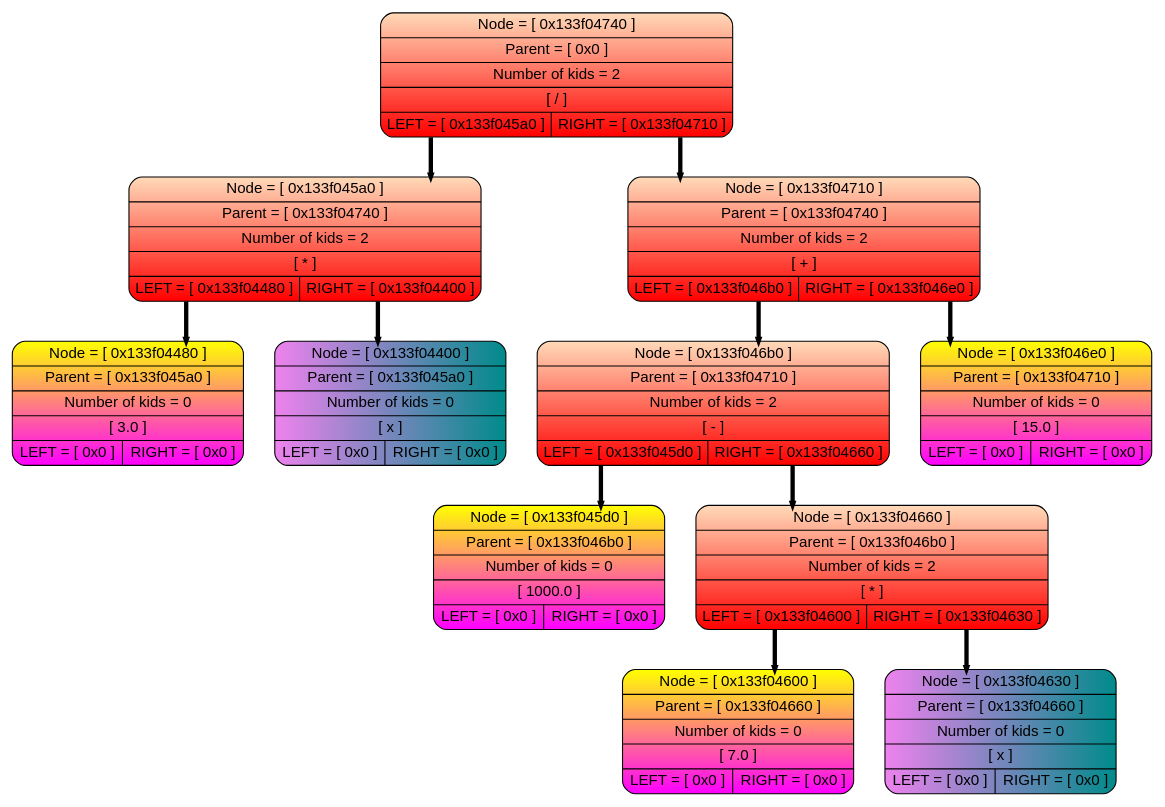
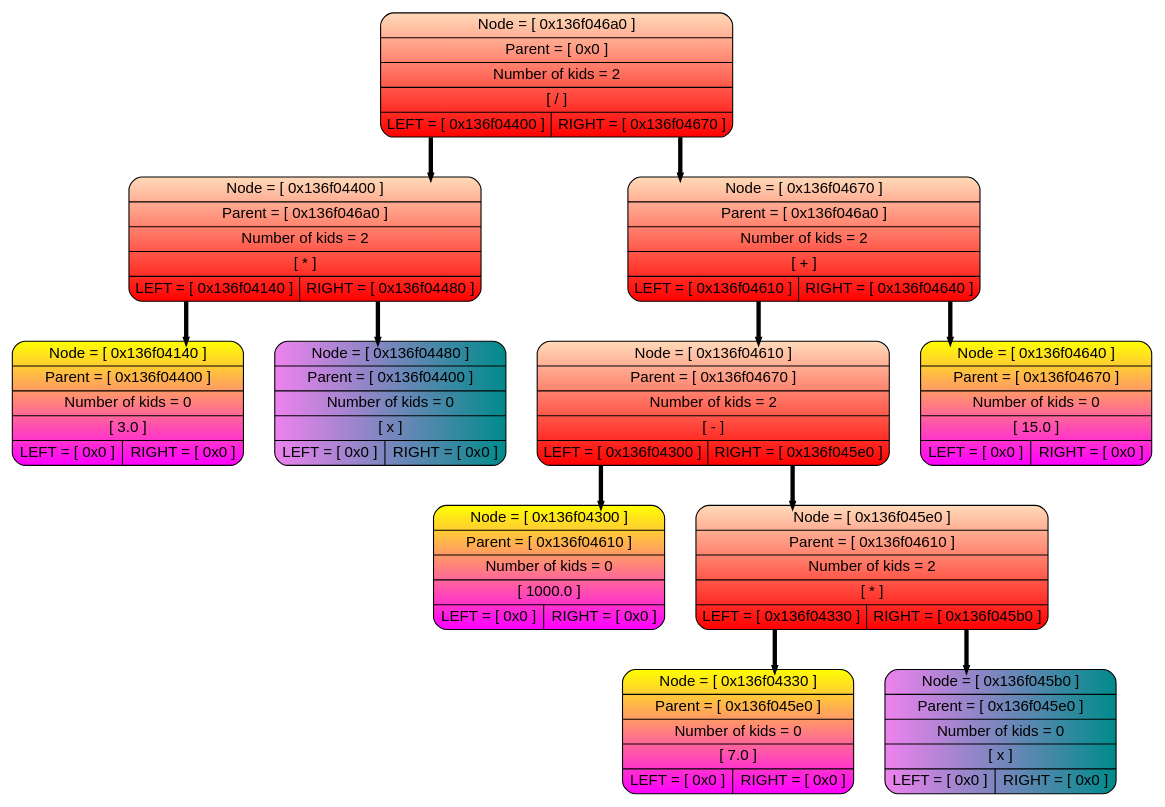
One commit to livlavr/Differentiator changed the diagram in Dump-source/dump.dot. Above: the diagram before and after it, drawn with Graphviz. The commit also changed 7 other files, not shown here.

```diff
--- a/Dump-source/dump.dot
+++ b/Dump-source/dump.dot
@@ -1,28 +1,28 @@
 digraph tree{
 splines=ortho;
 rankdir=HR;
 nodesep=0.4;
 node [shape=record, fontname="Arial"];
 edge [style=bold, color="black", weight=10, penwidth=4, arrowsize=0.2];
-P0x133f04740 [style = "filled, rounded", fillcolor="peachpuff:red" gradientangle=270,label=" {Node = [ 0x133f04740 ] | Parent = [ 0x0 ] | Number of kids = 2 |[ / ] | { <l> LEFT = [ 0x133f045a0 ] | <r> RIGHT = [ 0x133f04710 ]}}" ];
-P0x133f045a0 [style = "filled, rounded", fillcolor="peachpuff:red" gradientangle=270,label=" {Node = [ 0x133f045a0 ] | Parent = [ 0x133f04740 ] | Number of kids = 2 |[ * ] | { <l> LEFT = [ 0x133f04480 ] | <r> RIGHT = [ 0x133f04400 ]}}" ];
-P0x133f04480 [style = "filled, rounded", fillcolor="yellow:magenta" gradientangle=270,label=" {Node = [ 0x133f04480 ] | Parent = [ 0x133f045a0 ] | Number of kids = 0 | [ 3.0 ] | { <l> LEFT = [ 0x0 ] | <r> RIGHT = [ 0x0 ]}}" ];
-P0x133f04400 [style = "filled, rounded", fillcolor="violet:darkcyan"label=" {Node = [ 0x133f04400 ] | Parent = [ 0x133f045a0 ] | Number of kids = 0 |[ x ] | { <l> LEFT = [ 0x0 ] | <r> RIGHT = [ 0x0 ]}}" ];
-P0x133f045a0:<l> -> P0x133f04480
-P0x133f045a0:<r> -> P0x133f04400
-P0x133f04710 [style = "filled, rounded", fillcolor="peachpuff:red" gradientangle=270,label=" {Node = [ 0x133f04710 ] | Parent = [ 0x133f04740 ] | Number of kids = 2 |[ + ] | { <l> LEFT = [ 0x133f046b0 ] | <r> RIGHT = [ 0x133f046e0 ]}}" ];
-P0x133f046b0 [style = "filled, rounded", fillcolor="peachpuff:red" gradientangle=270,label=" {Node = [ 0x133f046b0 ] | Parent = [ 0x133f04710 ] | Number of kids = 2 |[ - ] | { <l> LEFT = [ 0x133f045d0 ] | <r> RIGHT = [ 0x133f04660 ]}}" ];
-P0x133f045d0 [style = "filled, rounded", fillcolor="yellow:magenta" gradientangle=270,label=" {Node = [ 0x133f045d0 ] | Parent = [ 0x133f046b0 ] | Number of kids = 0 | [ 1000.0 ] | { <l> LEFT = [ 0x0 ] | <r> RIGHT = [ 0x0 ]}}" ];
-P0x133f04660 [style = "filled, rounded", fillcolor="peachpuff:red" gradientangle=270,label=" {Node = [ 0x133f04660 ] | Parent = [ 0x133f046b0 ] | Number of kids = 2 |[ * ] | { <l> LEFT = [ 0x133f04600 ] | <r> RIGHT = [ 0x133f04630 ]}}" ];
-P0x133f04600 [style = "filled, rounded", fillcolor="yellow:magenta" gradientangle=270,label=" {Node = [ 0x133f04600 ] | Parent = [ 0x133f04660 ] | Number of kids = 0 | [ 7.0 ] | { <l> LEFT = [ 0x0 ] | <r> RIGHT = [ 0x0 ]}}" ];
-P0x133f04630 [style = "filled, rounded", fillcolor="violet:darkcyan"label=" {Node = [ 0x133f04630 ] | Parent = [ 0x133f04660 ] | Number of kids = 0 |[ x ] | { <l> LEFT = [ 0x0 ] | <r> RIGHT = [ 0x0 ]}}" ];
-P0x133f04660:<l> -> P0x133f04600
-P0x133f04660:<r> -> P0x133f04630
-P0x133f046b0:<l> -> P0x133f045d0
-P0x133f046b0:<r> -> P0x133f04660
-P0x133f046e0 [style = "filled, rounded", fillcolor="yellow:magenta" gradientangle=270,label=" {Node = [ 0x133f046e0 ] | Parent = [ 0x133f04710 ] | Number of kids = 0 | [ 15.0 ] | { <l> LEFT = [ 0x0 ] | <r> RIGHT = [ 0x0 ]}}" ];
-P0x133f04710:<l> -> P0x133f046b0
-P0x133f04710:<r> -> P0x133f046e0
-P0x133f04740:<l> -> P0x133f045a0
-P0x133f04740:<r> -> P0x133f04710
+P0x136f046a0 [style = "filled, rounded", fillcolor="peachpuff:red" gradientangle=270,label=" {Node = [ 0x136f046a0 ] | Parent = [ 0x0 ] | Number of kids = 2 |[ / ] | { <l> LEFT = [ 0x136f04400 ] | <r> RIGHT = [ 0x136f04670 ]}}" ];
+P0x136f04400 [style = "filled, rounded", fillcolor="peachpuff:red" gradientangle=270,label=" {Node = [ 0x136f04400 ] | Parent = [ 0x136f046a0 ] | Number of kids = 2 |[ * ] | { <l> LEFT = [ 0x136f04140 ] | <r> RIGHT = [ 0x136f04480 ]}}" ];
+P0x136f04140 [style = "filled, rounded", fillcolor="yellow:magenta" gradientangle=270,label=" {Node = [ 0x136f04140 ] | Parent = [ 0x136f04400 ] | Number of kids = 0 | [ 3.0 ] | { <l> LEFT = [ 0x0 ] | <r> RIGHT = [ 0x0 ]}}" ];
+P0x136f04480 [style = "filled, rounded", fillcolor="violet:darkcyan"label=" {Node = [ 0x136f04480 ] | Parent = [ 0x136f04400 ] | Number of kids = 0 |[ x ] | { <l> LEFT = [ 0x0 ] | <r> RIGHT = [ 0x0 ]}}" ];
+P0x136f04400:<l> -> P0x136f04140
+P0x136f04400:<r> -> P0x136f04480
+P0x136f04670 [style = "filled, rounded", fillcolor="peachpuff:red" gradientangle=270,label=" {Node = [ 0x136f04670 ] | Parent = [ 0x136f046a0 ] | Number of kids = 2 |[ + ] | { <l> LEFT = [ 0x136f04610 ] | <r> RIGHT = [ 0x136f04640 ]}}" ];
+P0x136f04610 [style = "filled, rounded", fillcolor="peachpuff:red" gradientangle=270,label=" {Node = [ 0x136f04610 ] | Parent = [ 0x136f04670 ] | Number of kids = 2 |[ - ] | { <l> LEFT = [ 0x136f04300 ] | <r> RIGHT = [ 0x136f045e0 ]}}" ];
+P0x136f04300 [style = "filled, rounded", fillcolor="yellow:magenta" gradientangle=270,label=" {Node = [ 0x136f04300 ] | Parent = [ 0x136f04610 ] | Number of kids = 0 | [ 1000.0 ] | { <l> LEFT = [ 0x0 ] | <r> RIGHT = [ 0x0 ]}}" ];
+P0x136f045e0 [style = "filled, rounded", fillcolor="peachpuff:red" gradientangle=270,label=" {Node = [ 0x136f045e0 ] | Parent = [ 0x136f04610 ] | Number of kids = 2 |[ * ] | { <l> LEFT = [ 0x136f04330 ] | <r> RIGHT = [ 0x136f045b0 ]}}" ];
+P0x136f04330 [style = "filled, rounded", fillcolor="yellow:magenta" gradientangle=270,label=" {Node = [ 0x136f04330 ] | Parent = [ 0x136f045e0 ] | Number of kids = 0 | [ 7.0 ] | { <l> LEFT = [ 0x0 ] | <r> RIGHT = [ 0x0 ]}}" ];
+P0x136f045b0 [style = "filled, rounded", fillcolor="violet:darkcyan"label=" {Node = [ 0x136f045b0 ] | Parent = [ 0x136f045e0 ] | Number of kids = 0 |[ x ] | { <l> LEFT = [ 0x0 ] | <r> RIGHT = [ 0x0 ]}}" ];
+P0x136f045e0:<l> -> P0x136f04330
+P0x136f045e0:<r> -> P0x136f045b0
+P0x136f04610:<l> -> P0x136f04300
+P0x136f04610:<r> -> P0x136f045e0
+P0x136f04640 [style = "filled, rounded", fillcolor="yellow:magenta" gradientangle=270,label=" {Node = [ 0x136f04640 ] | Parent = [ 0x136f04670 ] | Number of kids = 0 | [ 15.0 ] | { <l> LEFT = [ 0x0 ] | <r> RIGHT = [ 0x0 ]}}" ];
+P0x136f04670:<l> -> P0x136f04610
+P0x136f04670:<r> -> P0x136f04640
+P0x136f046a0:<l> -> P0x136f04400
+P0x136f046a0:<r> -> P0x136f04670
 }
```
